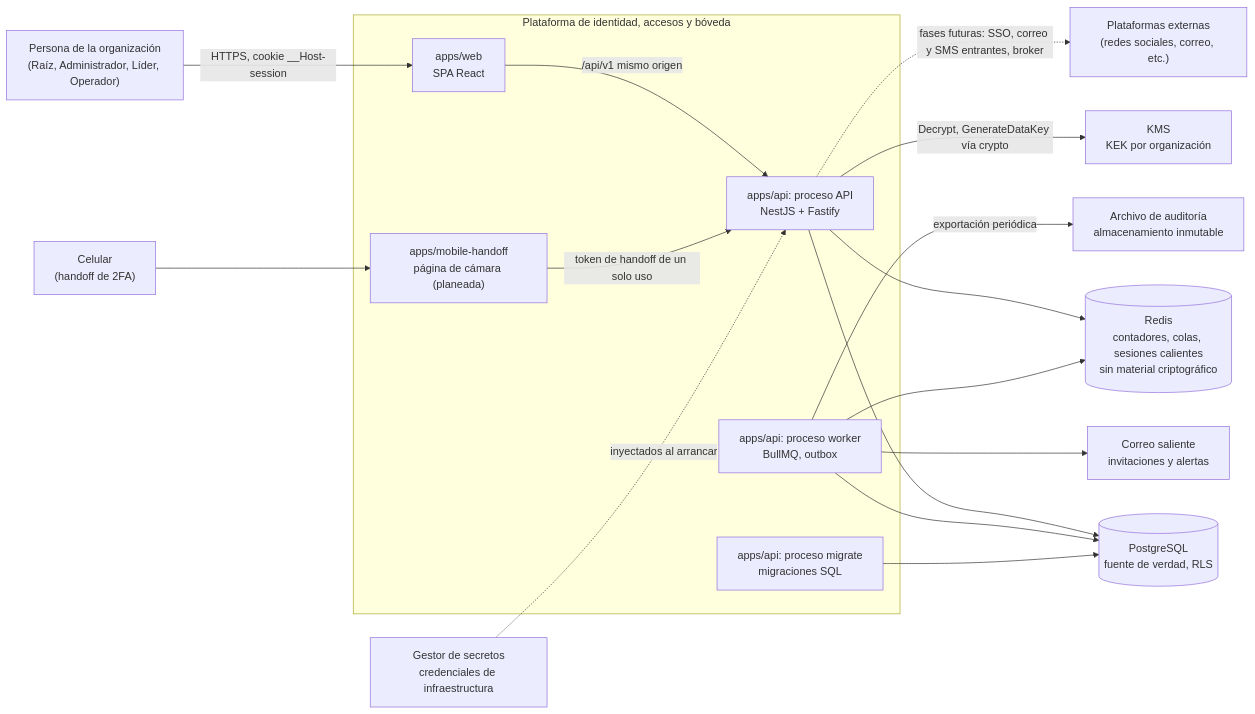
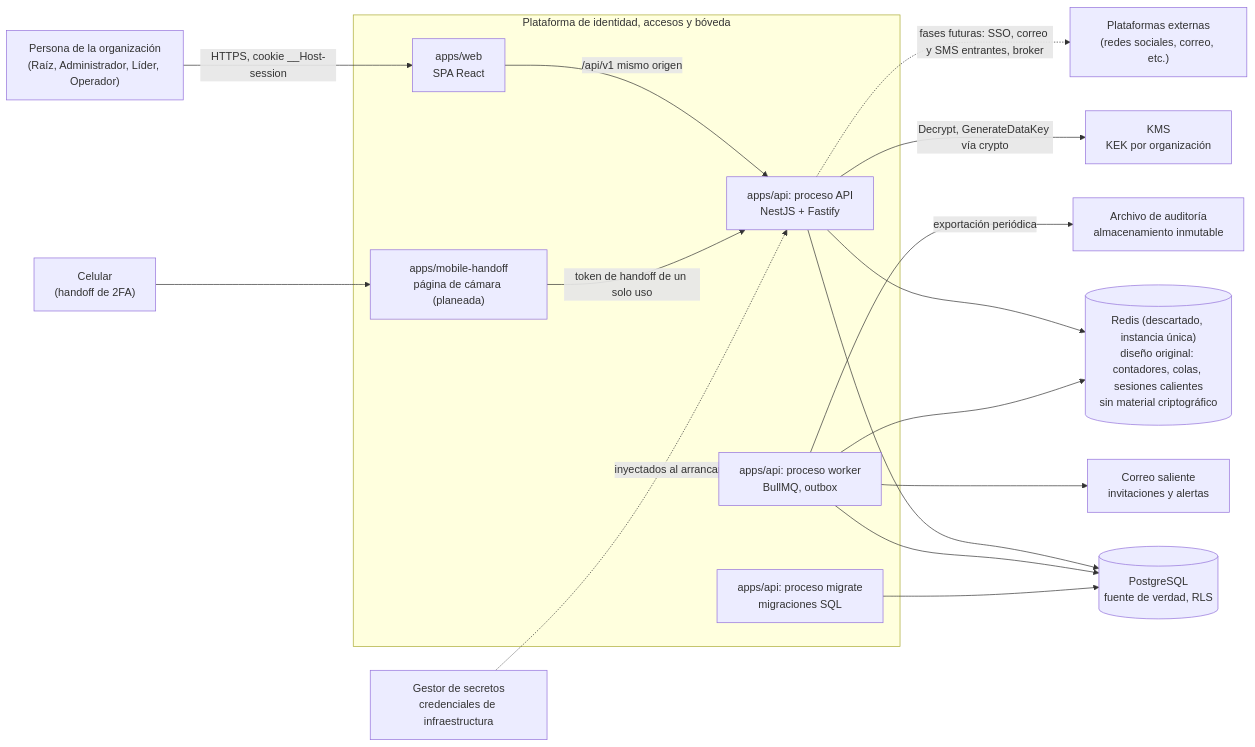
The first of 6 diagrams in docs/architecture.md (OJoshuaCG/compass), drawn with Mermaid before and after one commit. The commit also changed other lines of this file and 7 other files, not shown here.

First line of the commit message:
docs: marcar Redis como descartado y operar con instancia única

````diff
--- a/docs/architecture.md
+++ b/docs/architecture.md
@@ -38,36 +38,36 @@
 ```mermaid
 flowchart LR
   user["Persona de la organización<br/>(Raíz, Administrador, Líder, Operador)"]
   phone["Celular<br/>(handoff de 2FA)"]
   platforms["Plataformas externas<br/>(redes sociales, correo, etc.)"]
 
   subgraph system["Plataforma de identidad, accesos y bóveda"]
     web["apps/web<br/>SPA React"]
     handoff["apps/mobile-handoff<br/>página de cámara (planeada)"]
     api["apps/api: proceso API<br/>NestJS + Fastify"]
     worker["apps/api: proceso worker<br/>BullMQ, outbox"]
     migrate["apps/api: proceso migrate<br/>migraciones SQL"]
   end
 
   pg[("PostgreSQL<br/>fuente de verdad, RLS")]
-  redis[("Redis<br/>contadores, colas, sesiones calientes<br/>sin material criptográfico")]
+  redis[("Redis (descartado, instancia única)<br/>diseño original: contadores, colas, sesiones calientes<br/>sin material criptográfico")]
   kms["KMS<br/>KEK por organización"]
   secrets["Gestor de secretos<br/>credenciales de infraestructura"]
   mail["Correo saliente<br/>invitaciones y alertas"]
   archive["Archivo de auditoría<br/>almacenamiento inmutable"]
 
   user -->|"HTTPS, cookie __Host-session"| web
   web -->|"/api/v1 mismo origen"| api
   phone --> handoff
   handoff -->|"token de handoff de un solo uso"| api
   api --> pg
   api --> redis
   api -->|"Decrypt, GenerateDataKey vía crypto"| kms
   worker --> pg
   worker --> redis
   worker --> mail
   worker -->|"exportación periódica"| archive
   migrate --> pg
   api -.->|"fases futuras: SSO, correo y SMS entrantes, broker"| platforms
   secrets -.->|"inyectados al arrancar"| api
 ```
````
